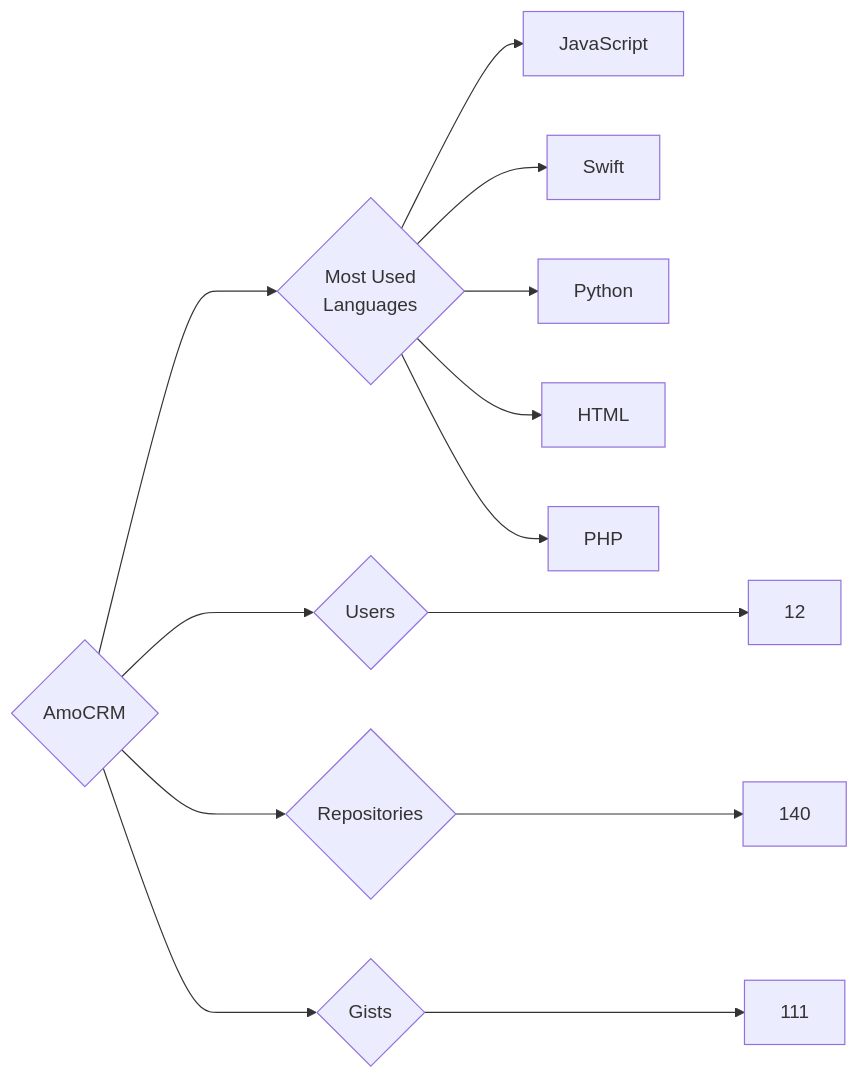
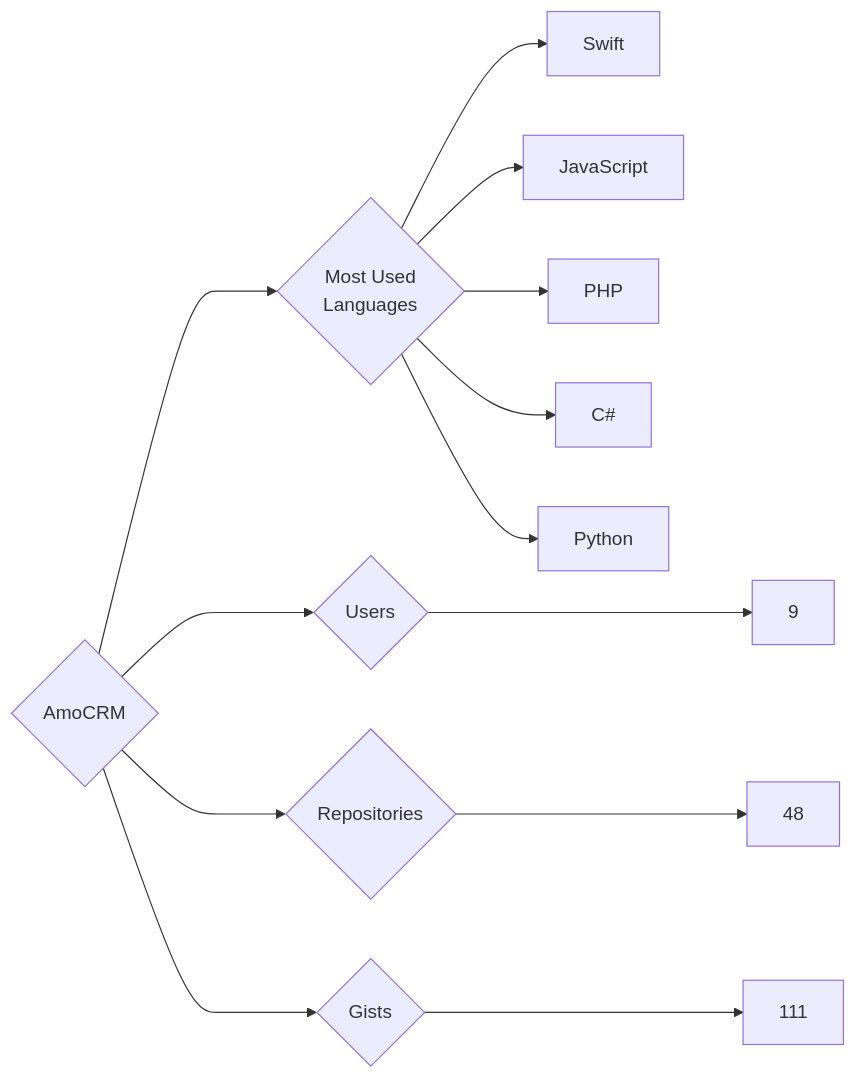
One commit to trickest/insiders changed the diagram in targets/AmoCRM/README.md. Above: the diagram before and after it, drawn with Mermaid. The commit also changed 914 other files, not shown here.

````diff
--- a/targets/AmoCRM/README.md
+++ b/targets/AmoCRM/README.md
@@ -3,13 +3,13 @@
 ```mermaid
 graph LR
 COMPANY_NAME{AmoCRM}
-COMPANY_NAME ---> U{Users} ---> UN[12]
-COMPANY_NAME ---> R{Repositories} ---> RN[140]
+COMPANY_NAME ---> U{Users} ---> UN[9]
+COMPANY_NAME ---> R{Repositories} ---> RN[48]
 COMPANY_NAME ---> G{Gists} ---> GN[111]
 COMPANY_NAME ---> ML{Most Used<br>Languages}
+ML --> Swift[Swift]
 ML --> JavaScript[JavaScript]
-ML --> Swift[Swift]
+ML --> PHP[PHP]
+ML --> C#[C#]
 ML --> Python[Python]
-ML --> HTML[HTML]
-ML --> PHP[PHP]
 ```
````
